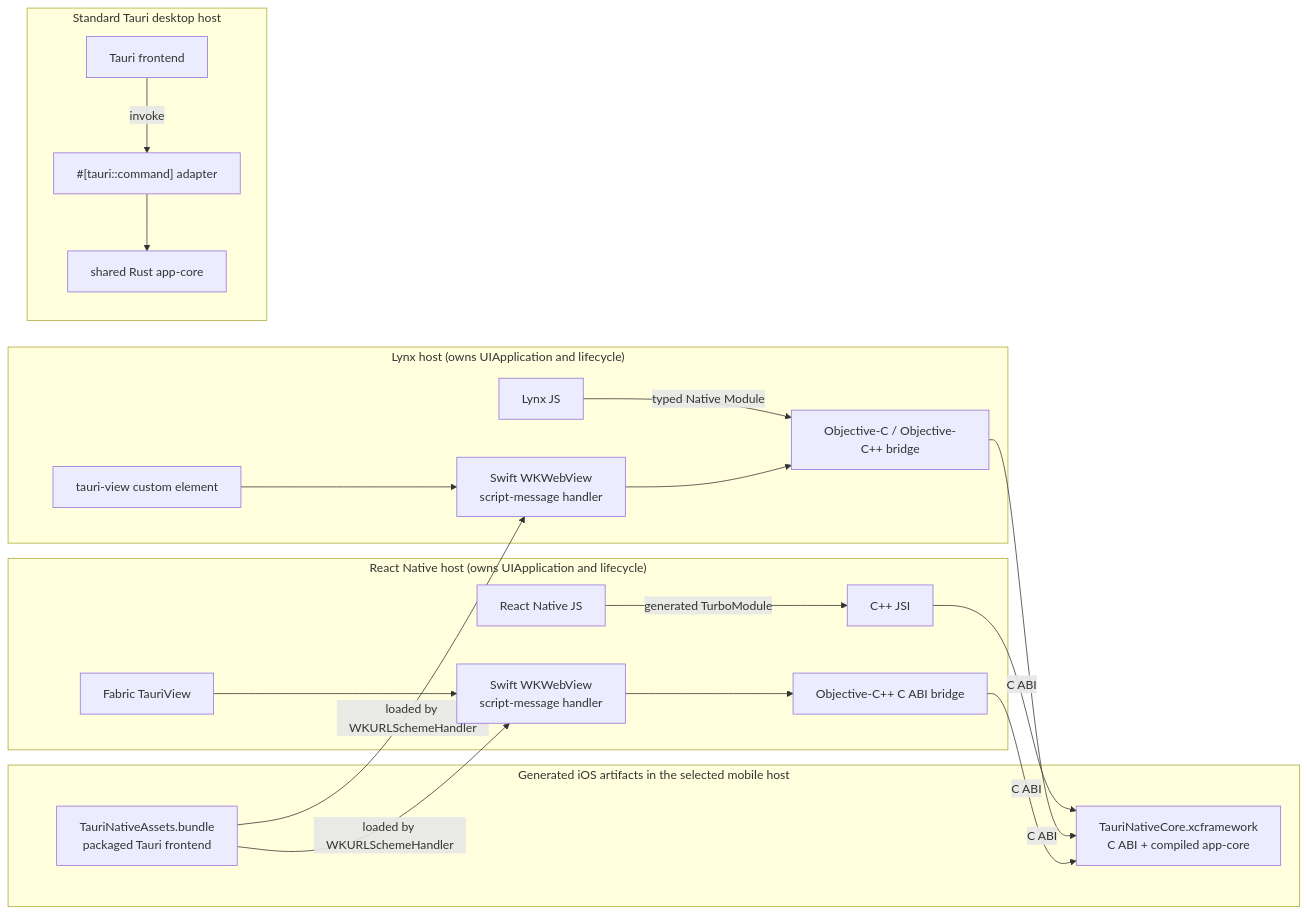
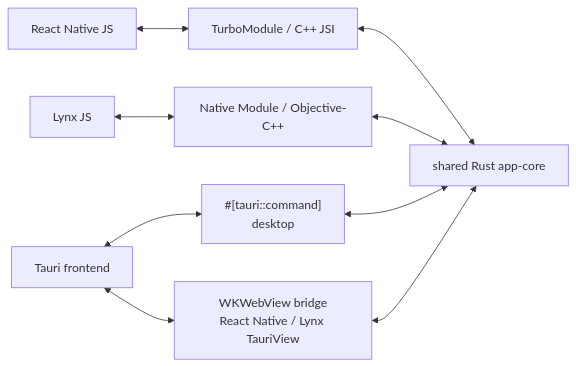
One commit to gronxb/tauri-native changed the diagram in README.md. Above: the diagram before and after it, drawn with Mermaid. The commit also changed other lines of this file and 1 other file, not shown here.

Commit message:
docs: add demo and simplify architecture

````diff
--- a/README.md
+++ b/README.md
@@ -129,30 +90,14 @@
 ```mermaid
 flowchart LR
-  subgraph GENERATED["Generated iOS artifacts in the selected mobile host"]
-    ASSETS["TauriNativeAssets.bundle<br/>packaged Tauri frontend"]
-    XC["TauriNativeCore.xcframework<br/>C ABI + compiled app-core"]
-  end
+  RN["React Native JS"] <--> JSI["TurboModule / C++ JSI"]
+  JSI <--> RUST["shared Rust app-core"]
 
-  subgraph RN["React Native host (owns UIApplication and lifecycle)"]
-    RNJS["React Native JS"] -->|"generated TurboModule"| JSI["C++ JSI"]
-    RNVIEW["Fabric TauriView"] --> RNWEBVIEW["Swift WKWebView<br/>script-message handler"]
-    RNWEBVIEW --> RNOBJC["Objective-C++ C ABI bridge"]
-  end
+  LYNX["Lynx JS"] <--> LYNX_BRIDGE["Native Module / Objective-C++"]
+  LYNX_BRIDGE <--> RUST
 
-  subgraph LYNX["Lynx host (owns UIApplication and lifecycle)"]
-    LYNXJS["Lynx JS"] -->|"typed Native Module"| LYNXBRIDGE["Objective-C / Objective-C++ bridge"]
-    LYNXVIEW["tauri-view custom element"] --> LYNXWEBVIEW["Swift WKWebView<br/>script-message handler"]
-    LYNXWEBVIEW --> LYNXBRIDGE
-  end
+  TAURI["Tauri frontend"] <--> COMMAND["#[tauri::command]<br/>desktop"]
+  COMMAND <--> RUST
 
-  subgraph DESKTOP["Standard Tauri desktop host"]
-    WEB["Tauri frontend"] -->|"invoke"| COMMAND["#[tauri::command] adapter"]
-    COMMAND --> DESKTOP_CORE["shared Rust app-core"]
-  end
-
-  ASSETS -->|"loaded by WKURLSchemeHandler"| RNWEBVIEW
-  ASSETS -->|"loaded by WKURLSchemeHandler"| LYNXWEBVIEW
-  JSI -->|C ABI| XC
-  LYNXBRIDGE -->|C ABI| XC
-  RNOBJC -->|C ABI| XC
+  TAURI <--> WEBVIEW["WKWebView bridge<br/>React Native / Lynx TauriView"]
+  WEBVIEW <--> RUST
 ```
````
